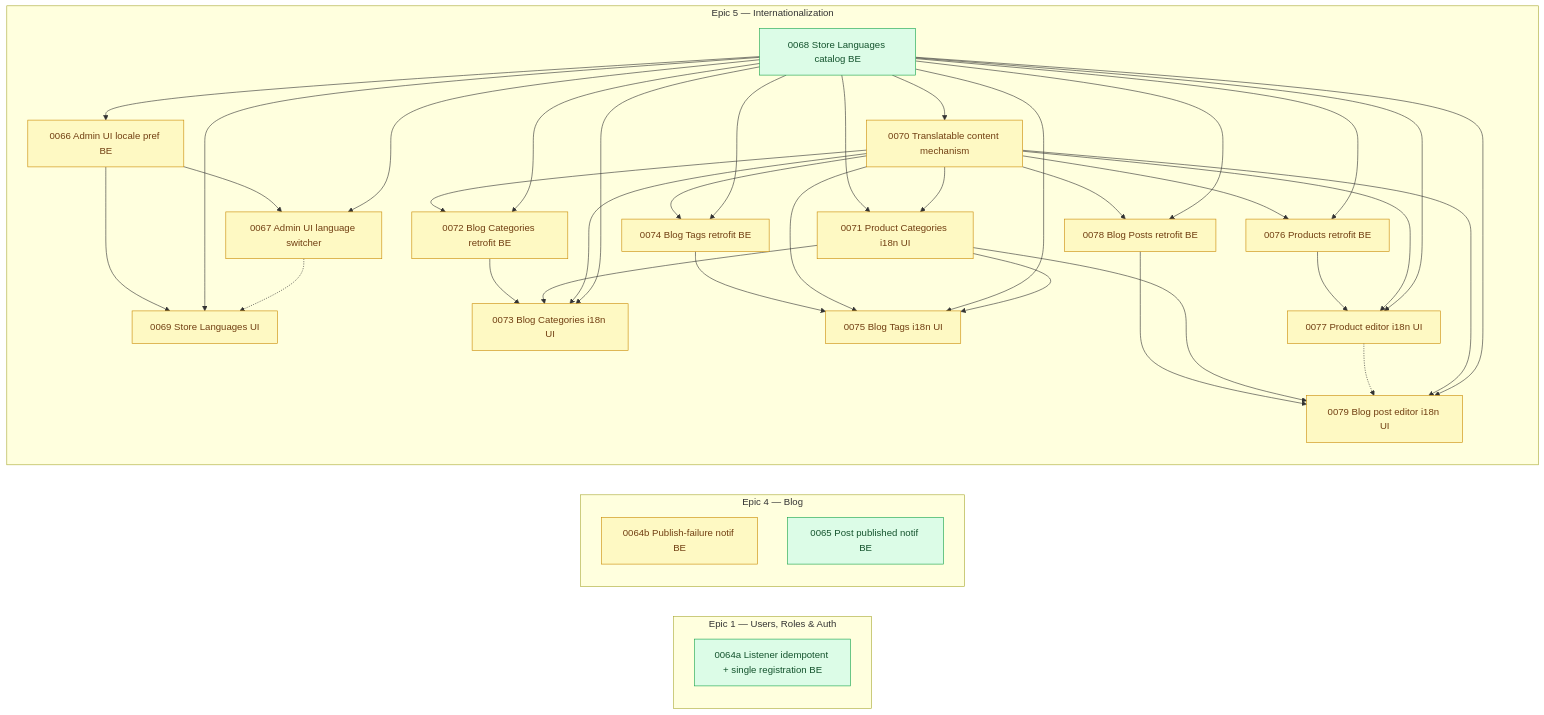
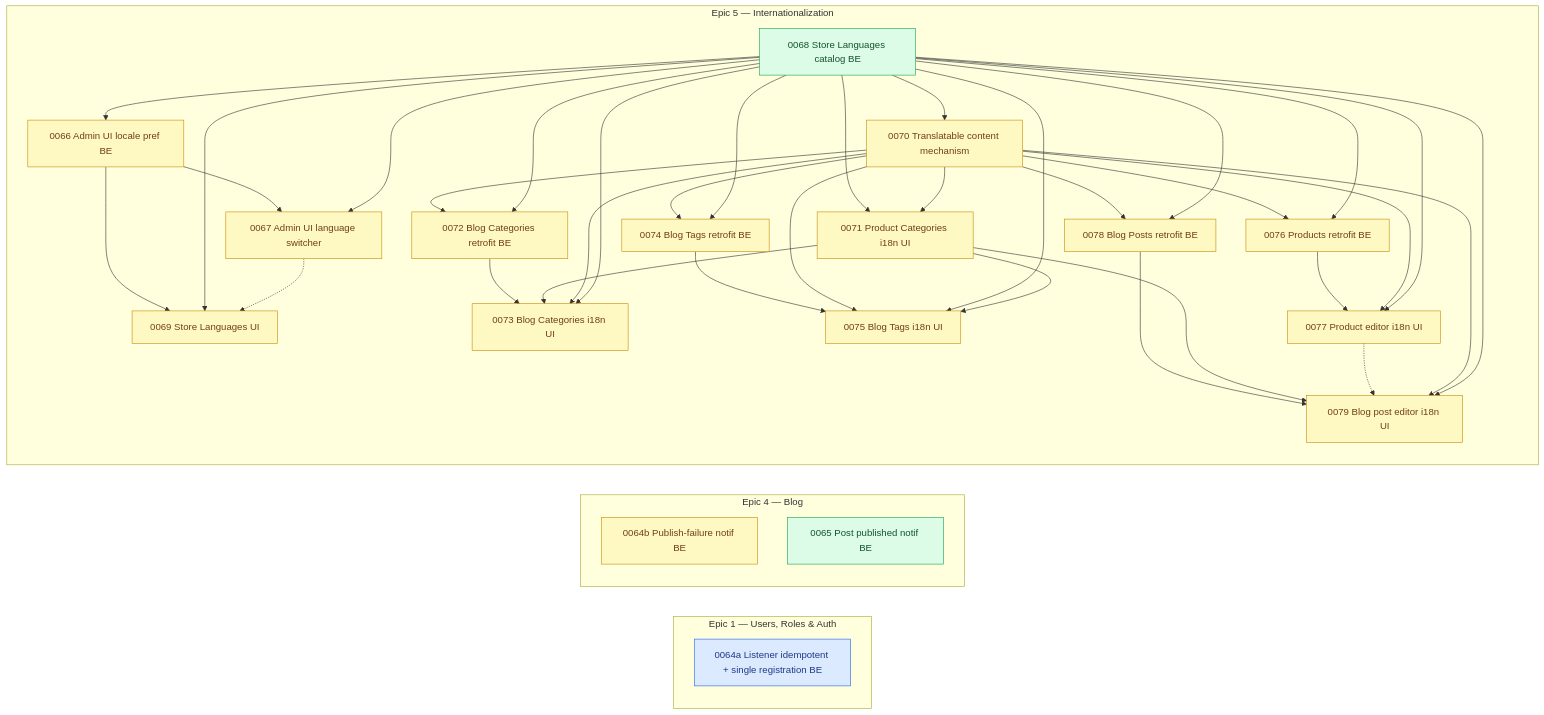
One commit to shojen/AI4Devs-finalproject changed the diagram in arospe/ai-spec/tasks-map.md. Above: the diagram before and after it, drawn with Mermaid. The commit also changed other lines of this file and 4 other files, not shown here.

````diff
--- a/arospe/ai-spec/tasks-map.md
+++ b/arospe/ai-spec/tasks-map.md
@@ -366,5 +368,6 @@
     P0068 --> P0079
 
     class P0064b,P0066,P0067,P0069,P0070,P0071,P0072,P0073,P0074,P0075,P0076,P0077,P0078,P0079 pending;
-    class P0064a,P0065,P0068 ready;
+    class P0064a claimed;
+    class P0065,P0068 ready;
 ```
````
